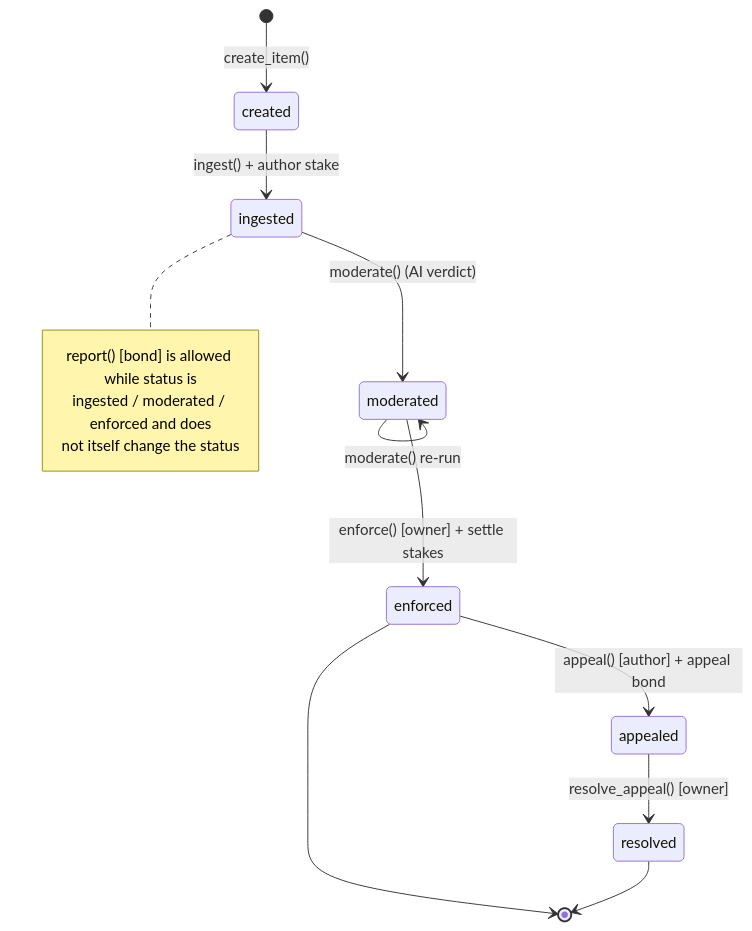
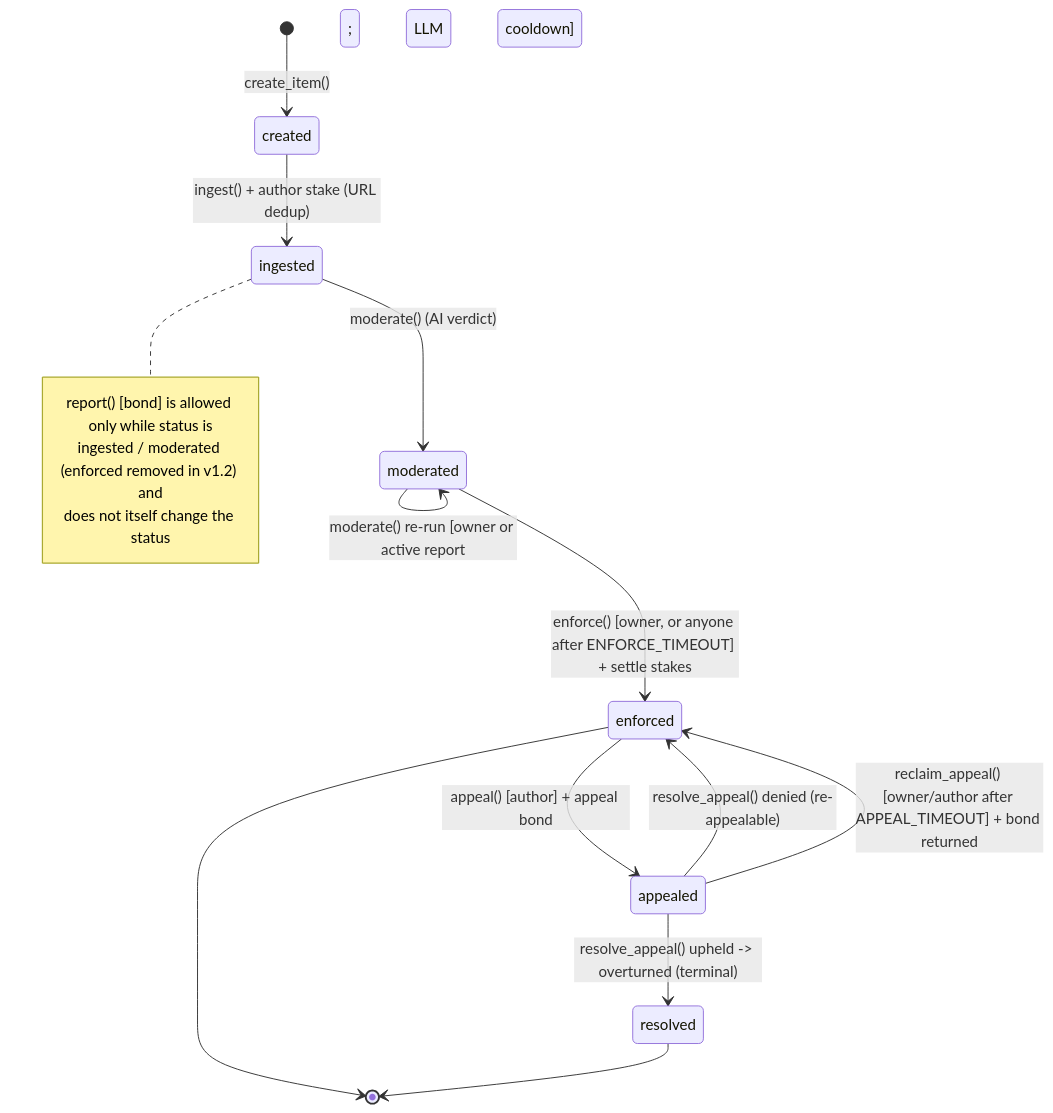
Before and after one commit to Artem1981777/genlayer-content-moderator: the first of 2 diagrams in ARCHITECTURE.md, drawn with Mermaid. The commit also changed other lines of this file and 36 other files, not shown here.

Commit message:
v1.2.0 economic hardening: repoint dApp+README to 0x62A9196d; add hardening section + CHANGELOG v1.2.0 with live proofs; include registry.py/ARCHITECTURE/SECURITY patches + demo/guard evidence

````diff
--- a/ARCHITECTURE.md
+++ b/ARCHITECTURE.md
@@ -11,17 +12,19 @@
 ```mermaid
 stateDiagram-v2
     [*] --> created: create_item()
-    created --> ingested: ingest() + author stake
+    created --> ingested: ingest() + author stake (URL dedup)
     ingested --> moderated: moderate() (AI verdict)
-    moderated --> moderated: moderate() re-run
-    moderated --> enforced: enforce() [owner] + settle stakes
+    moderated --> moderated: moderate() re-run [owner or active report; LLM cooldown]
+    moderated --> enforced: enforce() [owner, or anyone after ENFORCE_TIMEOUT] + settle stakes
     enforced --> appealed: appeal() [author] + appeal bond
-    appealed --> resolved: resolve_appeal() [owner]
+    appealed --> resolved: resolve_appeal() upheld -> overturned (terminal)
+    appealed --> enforced: resolve_appeal() denied (re-appealable)
+    appealed --> enforced: reclaim_appeal() [owner/author after APPEAL_TIMEOUT] + bond returned
     enforced --> [*]
     resolved --> [*]
     note right of ingested
-        report() [bond] is allowed while status is
-        ingested / moderated / enforced and does
-        not itself change the status
+        report() [bond] is allowed only while status is
+        ingested / moderated (enforced removed in v1.2) and
+        does not itself change the status
     end note
 ```
````
